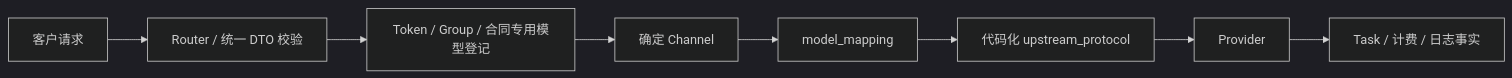
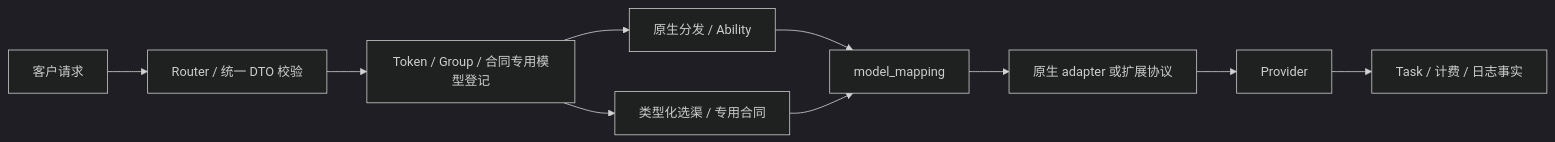
The diagram in docs/20-architecture/架构概览.md (wuqiang44444444/new-api), drawn with Mermaid (dark theme) before and after one commit. The commit also changed other lines of this file and 77 other files, not shown here.

````diff
--- a/docs/20-architecture/架构概览.md
+++ b/docs/20-architecture/架构概览.md
@@ -26,10 +26,12 @@
 ```mermaid
 flowchart LR
     C["客户请求"] --> R["Router / 统一 DTO 校验"]
     R --> A["Token / Group / 合同专用模型登记"]
-    A --> CH["确定 Channel"]
-    CH --> MM["model_mapping"]
-    MM --> P["代码化 upstream_protocol"]
+    A --> N["原生分发 / Ability"]
+    A --> L["类型化选渠 / 专用合同"]
+    N --> MM["model_mapping"]
+    L --> MM
+    MM --> P["原生 adapter 或扩展协议"]
     P --> U["Provider"]
     U --> T["Task / 计费 / 日志事实"]
 ```
````
